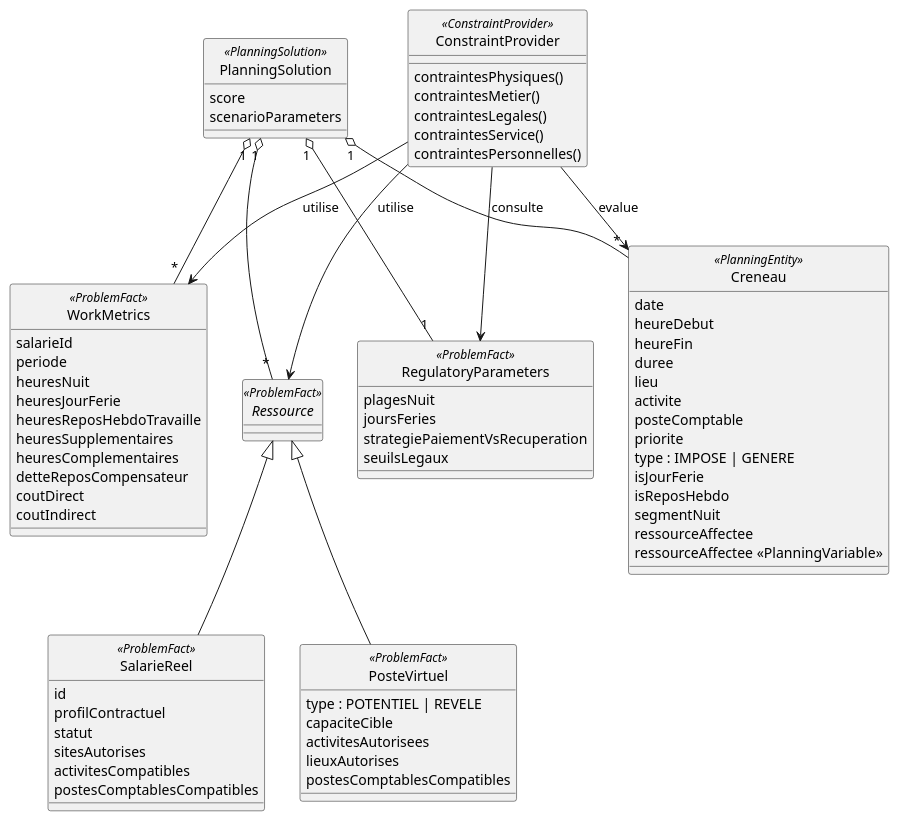
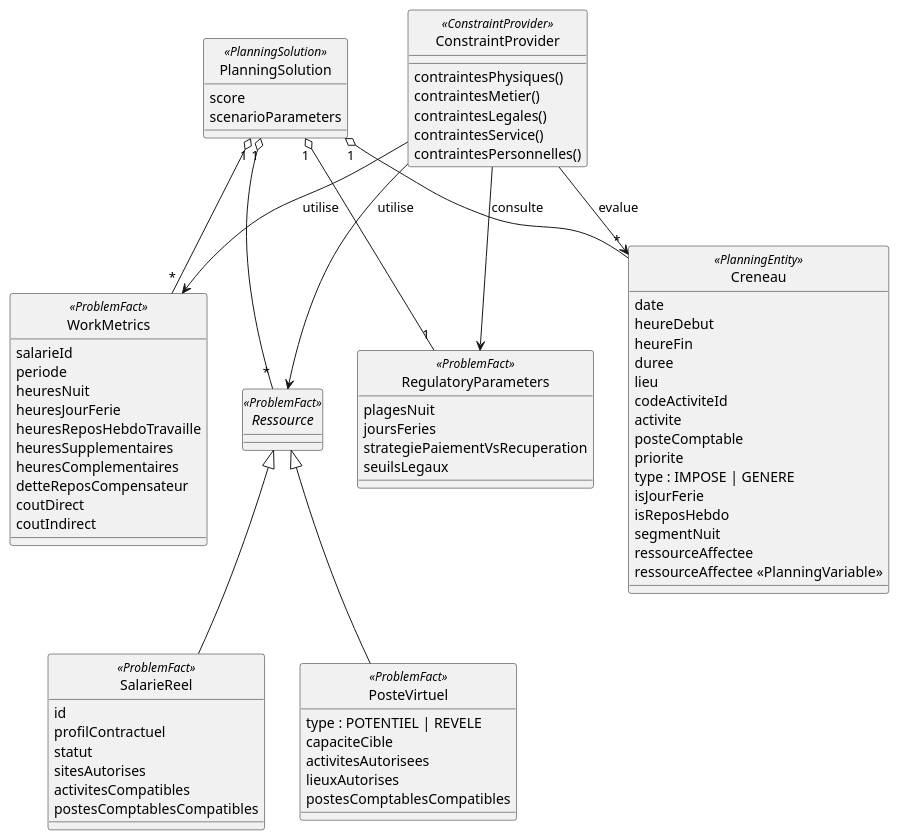
The diagram in docs/UML_Optaplanner.md (cpovereau/ocealia-planning-engine), drawn with PlantUML before and after one commit. The commit also changed 12 other files, not shown here.

```diff
--- a/docs/UML_Optaplanner.md
+++ b/docs/UML_Optaplanner.md
@@ -79,6 +79,7 @@
   heureFin
   duree
   lieu
+  codeActiviteId
   activite
   posteComptable
   priorite
```
